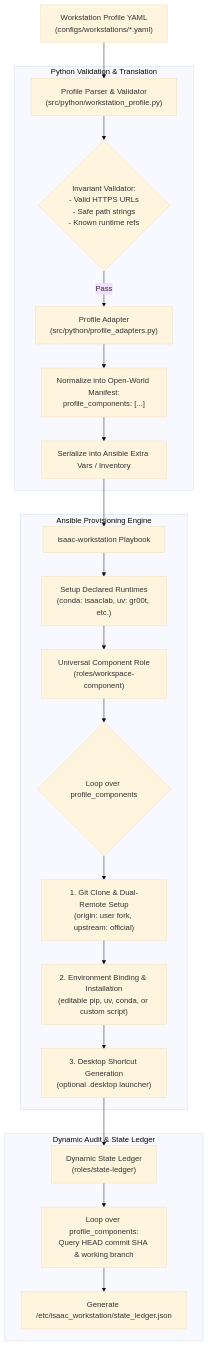
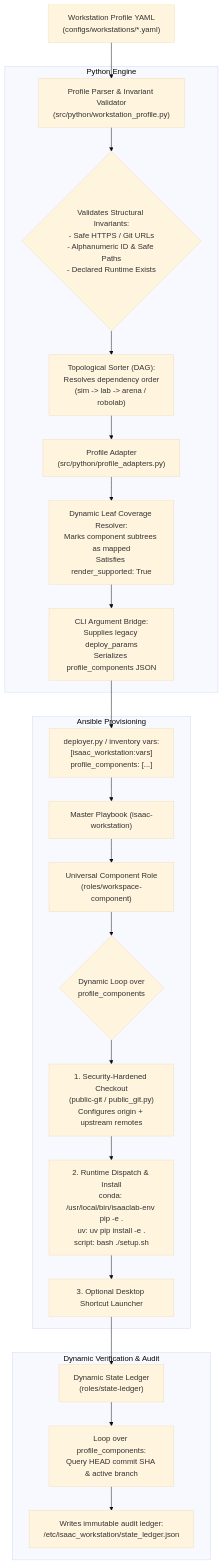
Before and after one commit to boredengineering/IsaacAutomator: the first of 2 diagrams in .agents/references/plans/dynamic-component-manifest-engine-plan.md, drawn with Mermaid (base theme). The commit also changed other lines of this file and 1 other file, not shown here.

Commit message:
dynamic componen manifest plan

````diff
--- a/.agents/references/plans/dynamic-component-manifest-engine-plan.md
+++ b/.agents/references/plans/dynamic-component-manifest-engine-plan.md
@@ -47,28 +53,29 @@
 ```mermaid
 flowchart TD
-    ProfileYAML["Workstation Profile YAML\n(configs/workstations/*.yaml)"] --> Parser["Profile Parser & Validator\n(src/python/workstation_profile.py)"]
+    ProfileYAML["Workstation Profile YAML\n(configs/workstations/*.yaml)"] --> Parser["Profile Parser & Invariant Validator\n(src/python/workstation_profile.py)"]
     
-    subgraph Python Validation & Translation
-        Parser --> InvariantCheck{"Invariant Validator:\n- Valid HTTPS URLs\n- Safe path strings\n- Known runtime refs"}
-        InvariantCheck -->|Pass| Adapter["Profile Adapter\n(src/python/profile_adapters.py)"]
-        Adapter --> Normalize["Normalize into Open-World Manifest:\nprofile_components: [...]"]
-        Normalize --> ExportJSON["Serialize into Ansible Extra Vars / Inventory"]
+    subgraph Python Engine
+        Parser --> InvariantCheck{"Validates Structural Invariants:\n- Safe HTTPS / Git URLs\n- Alphanumeric ID & Safe Paths\n- Declared Runtime Exists"}
+        InvariantCheck --> DAG["Topological Sorter (DAG):\nResolves dependency order\n(sim -> lab -> arena / robolab)"]
+        DAG --> Adapter["Profile Adapter\n(src/python/profile_adapters.py)"]
+        Adapter --> Coverage["Dynamic Leaf Coverage Resolver:\nMarks component subtrees as mapped\nSatisfies render_supported: True"]
+        Coverage --> CLIBridge["CLI Argument Bridge:\nSupplies legacy deploy_params\nSerializes profile_components JSON"]
     end
 
-    subgraph Ansible Provisioning Engine
-        ExportJSON --> MainPlaybook["isaac-workstation Playbook"]
-        MainPlaybook --> SetupRuntimes["Setup Declared Runtimes\n(conda: isaaclab, uv: gr00t, etc.)"]
-        SetupRuntimes --> UniversalRole["Universal Component Role\n(roles/workspace-component)"]
+    subgraph Ansible Provisioning
+        CLIBridge --> Inventory["deployer.py / inventory vars:\n[isaac_workstation:vars]\nprofile_components: [...]"]
+        Inventory --> Playbook["Master Playbook (isaac-workstation)"]
+        Playbook --> UniversalRole["Universal Component Role\n(roles/workspace-component)"]
         
-        UniversalRole --> LoopComponents{"Loop over profile_components"}
-        LoopComponents --> GitTask["1. Git Clone & Dual-Remote Setup\n(origin: user fork, upstream: official)"]
-        GitTask --> InstallTask["2. Environment Binding & Installation\n(editable pip, uv, conda, or custom script)"]
-        InstallTask --> DesktopTask["3. Desktop Shortcut Generation\n(optional .desktop launcher)"]
+        UniversalRole --> LoopComponents{"Dynamic Loop over\nprofile_components"}
+        LoopComponents --> SecureGit["1. Security-Hardened Checkout\n(public-git / public_git.py)\nConfigures origin + upstream remotes"]
+        SecureGit --> RuntimeDispatch["2. Runtime Dispatch & Install\nconda: /usr/local/bin/isaaclab-env pip -e .\nuv: uv pip install -e .\nscript: bash ./setup.sh"]
+        RuntimeDispatch --> DesktopTask["3. Optional Desktop Shortcut Launcher"]
     end
 
-    subgraph Dynamic Audit & State Ledger
+    subgraph Dynamic Verification & Audit
         DesktopTask --> Ledger["Dynamic State Ledger\n(roles/state-ledger)"]
-        Ledger --> ProbeLoop["Loop over profile_components:\nQuery HEAD commit SHA & working branch"]
-        ProbeLoop --> OutputReceipt["Generate /etc/isaac_workstation/state_ledger.json"]
+        Ledger --> ProbeLoop["Loop over profile_components:\nQuery HEAD commit SHA & active branch"]
+        ProbeLoop --> OutputReceipt["Writes immutable audit ledger:\n/etc/isaac_workstation/state_ledger.json"]
     end
 ```
````
